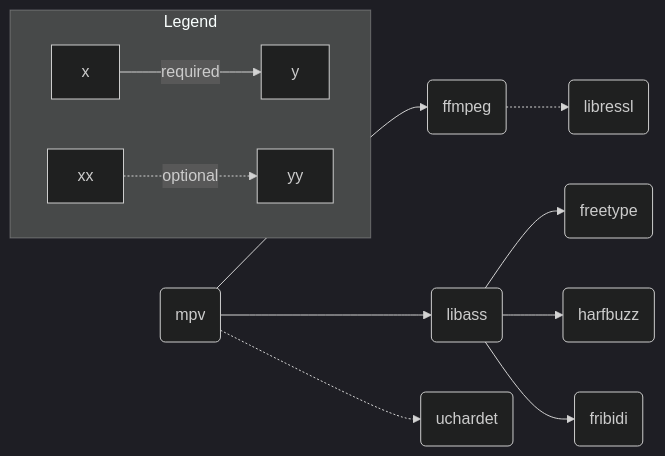
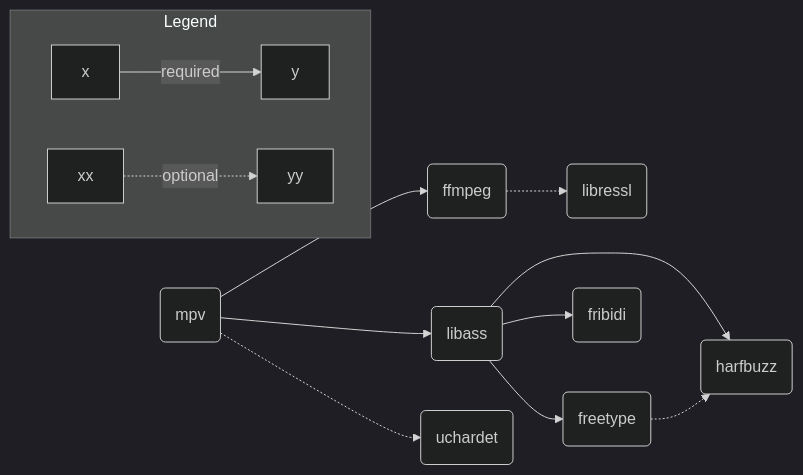
One commit to media-kit/libmpv-darwin-build changed the diagram in README.md. Above: the diagram before and after it, drawn with Mermaid (dark theme). The commit also changed other lines of this file and 1 other file, not shown here.

````diff
--- a/README.md
+++ b/README.md
@@ -18,20 +18,22 @@
 ```mermaid
 flowchart LR
 
 A(mpv) --> B(ffmpeg)
 A(mpv) --> C(libass)
 A(mpv) -.-> D(uchardet)
 
 B -.-> H(libressl)
 
 C --> E(freetype)
 C --> F(harfbuzz)
 C --> G(fribidi)
 
+E -.-> F
+
 subgraph Legend
     direction LR
 
     x -- required --> y
     xx -. optional .-> yy
 end
 ```
````
